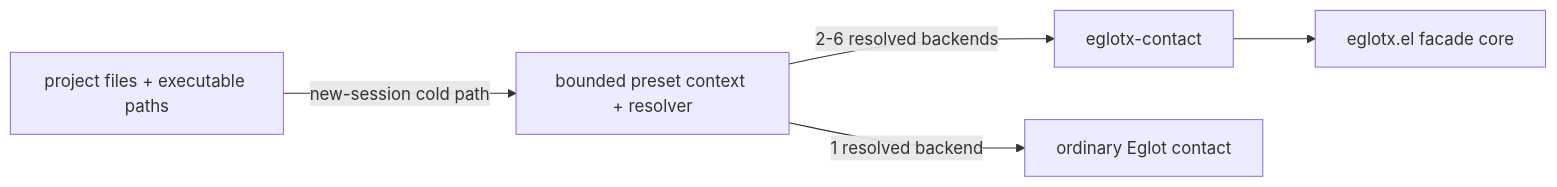
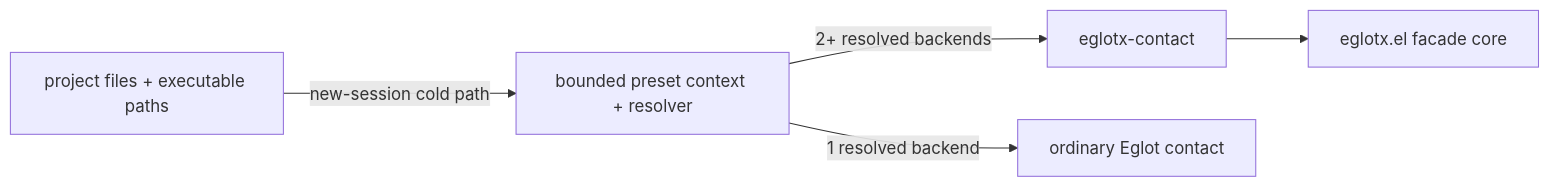
Before and after one commit to cxa/eglotx: the second of 2 diagrams in docs/architecture.md, drawn with Mermaid. The commit also changed other lines of this file and 16 other files, not shown here.

````diff
--- a/docs/architecture.md
+++ b/docs/architecture.md
@@ -39,7 +39,7 @@
 ```mermaid
 flowchart LR
     P["project files + executable paths"] -->|"new-session cold path"| R["bounded preset context + resolver"]
-    R -->|"2-6 resolved backends"| C["eglotx-contact"]
+    R -->|"2+ resolved backends"| C["eglotx-contact"]
     R -->|"1 resolved backend"| E["ordinary Eglot contact"]
     C --> F["eglotx.el facade core"]
 ```
````
